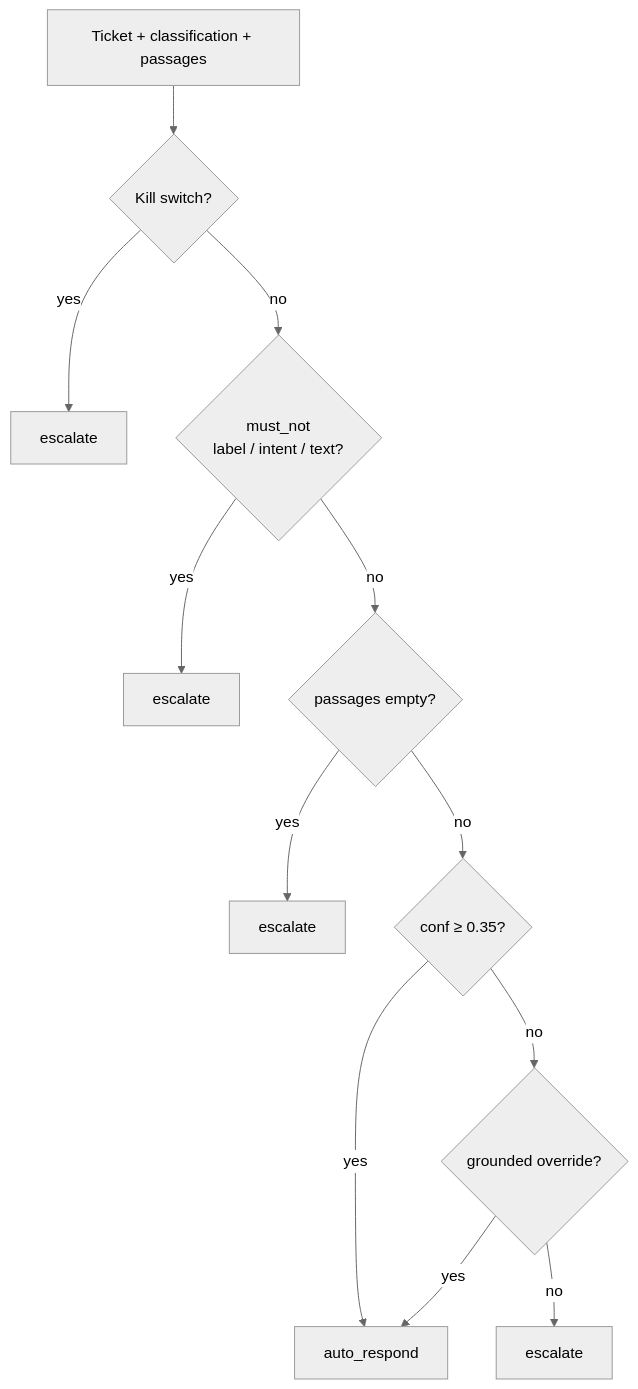
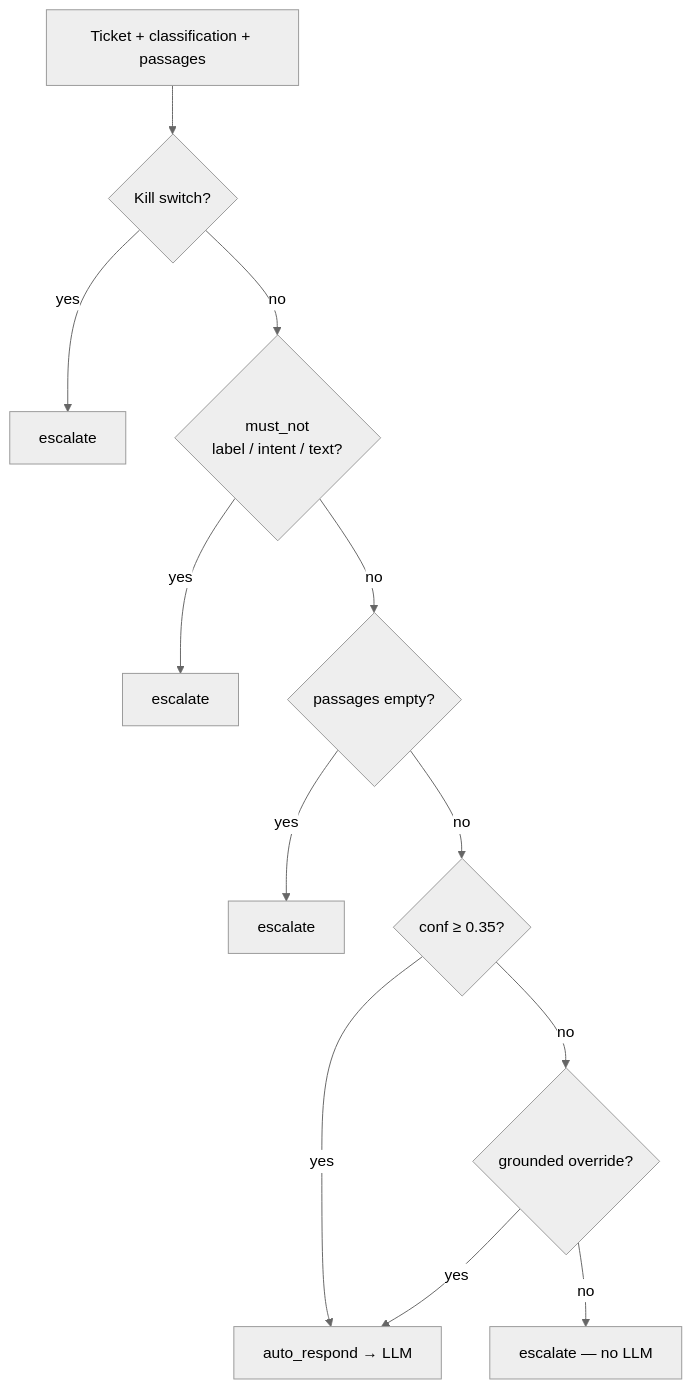
Before and after one commit to learningsam20/cloudserve-assist: the fourth of 6 diagrams in docs/design/architecture/data-flow.md, drawn with Mermaid (neutral theme). The commit also changed other lines of this file and 24 other files, not shown here.

````diff
--- a/docs/design/architecture/data-flow.md
+++ b/docs/design/architecture/data-flow.md
@@ -51,14 +68,14 @@
 ```mermaid
 flowchart TD
   S[Ticket + classification + passages] --> K{Kill switch?}
   K -->|yes| X1[escalate]
   K -->|no| M{must_not<br/>label / intent / text?}
   M -->|yes| X2[escalate]
   M -->|no| P{passages empty?}
   P -->|yes| X3[escalate]
   P -->|no| C{conf ≥ 0.35?}
-  C -->|yes| A[auto_respond]
+  C -->|yes| A[auto_respond → LLM]
   C -->|no| G{grounded override?}
   G -->|yes| A
-  G -->|no| X4[escalate]
+  G -->|no| X4[escalate — no LLM]
 ```
````
